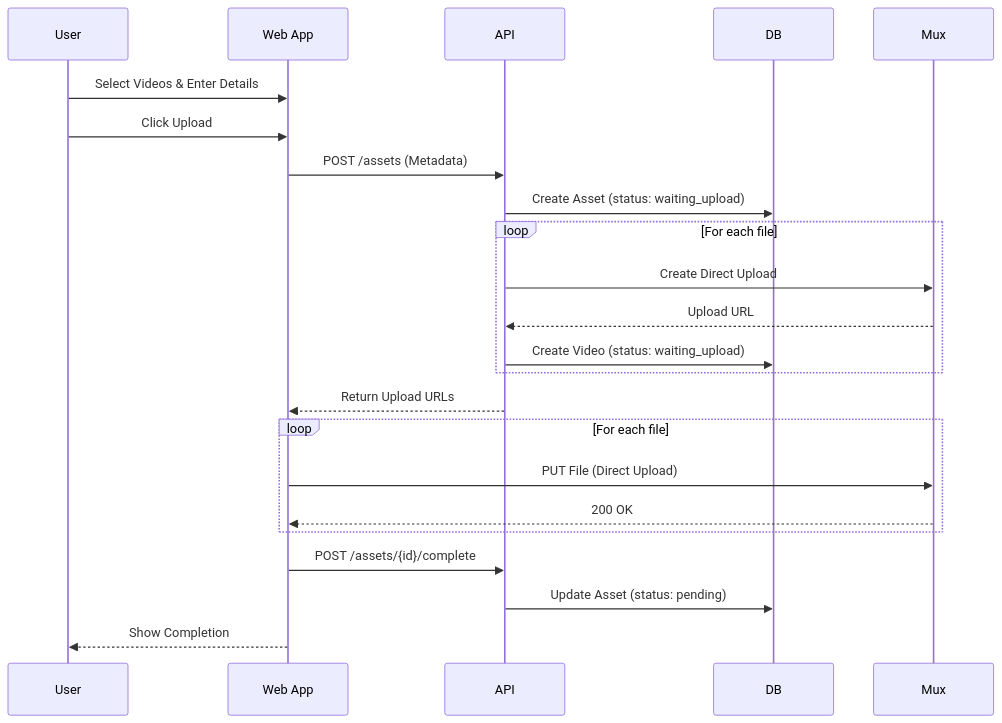
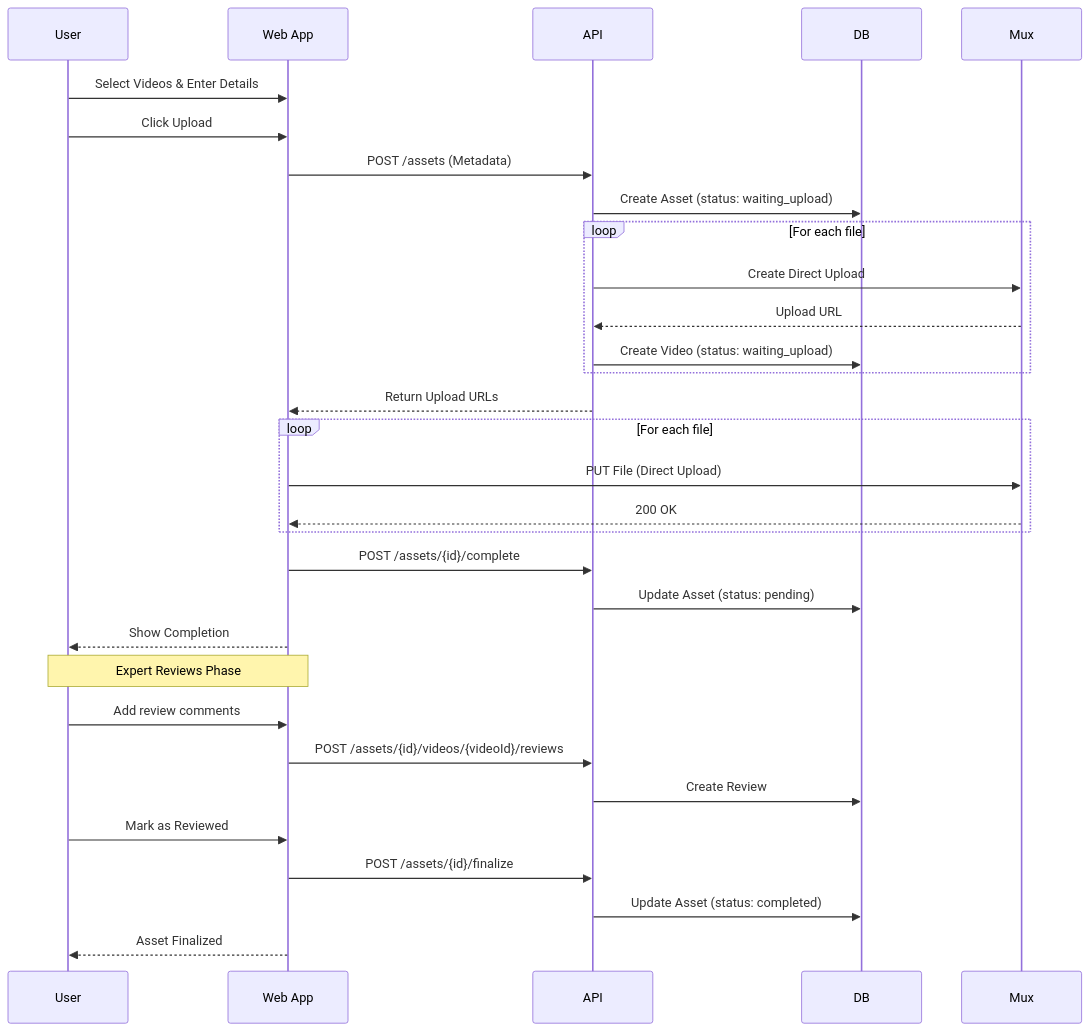
One commit to OZIOisgood/zeta changed the third of 4 diagrams in README.md. Above: the diagram before and after it, drawn with Mermaid. The commit also changed other lines of this file and 15 other files, not shown here.

Commit message:
feat(asset-reviews): implement finalize functionality for asset reviews and update status management

````diff
--- a/README.md
+++ b/README.md
@@ -138,26 +148,36 @@
 ```mermaid
 sequenceDiagram
     participant U as User
     participant W as Web App
     participant A as API
     participant D as DB
     participant M as Mux
 
     U->>W: Select Videos & Enter Details
     U->>W: Click Upload
     W->>A: POST /assets (Metadata)
     A->>D: Create Asset (status: waiting_upload)
     loop For each file
         A->>M: Create Direct Upload
         M-->>A: Upload URL
         A->>D: Create Video (status: waiting_upload)
     end
     A-->>W: Return Upload URLs
     loop For each file
         W->>M: PUT File (Direct Upload)
         M-->>W: 200 OK
     end
     W->>A: POST /assets/{id}/complete
     A->>D: Update Asset (status: pending)
     W-->>U: Show Completion
+
+    Note over U,W: Expert Reviews Phase
+    U->>W: Add review comments
+    W->>A: POST /assets/{id}/videos/{videoId}/reviews
+    A->>D: Create Review
+
+    U->>W: Mark as Reviewed
+    W->>A: POST /assets/{id}/finalize
+    A->>D: Update Asset (status: completed)
+    W-->>U: Asset Finalized
 ```
````
